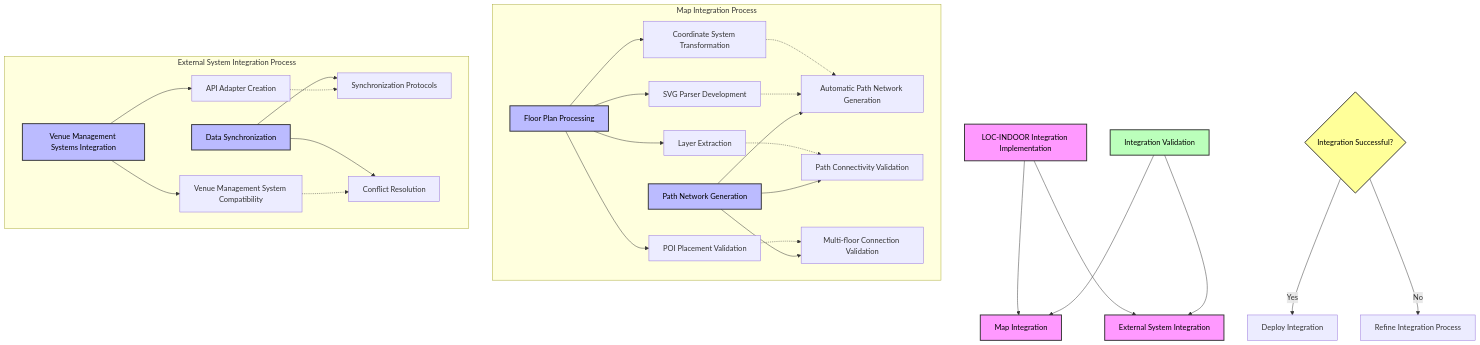
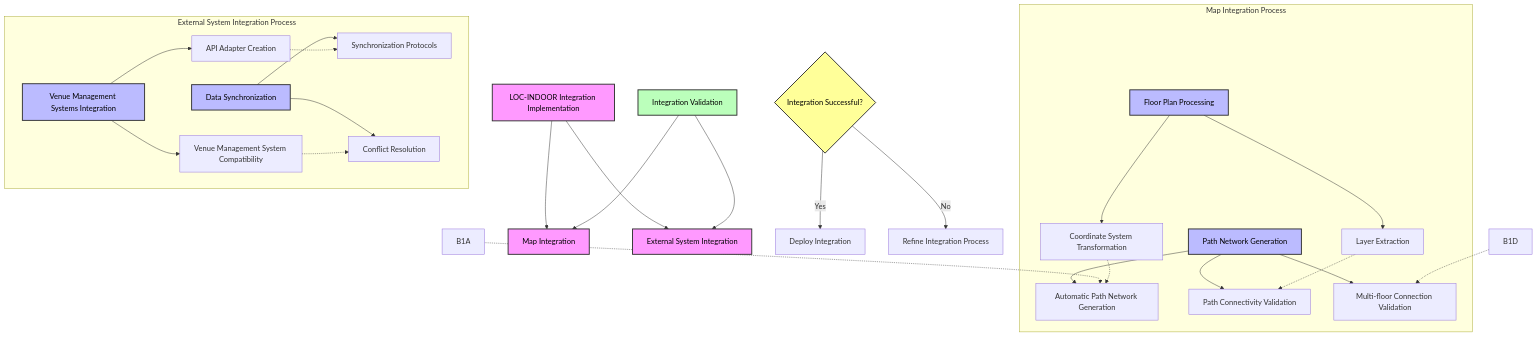
Before and after one commit to Bistrel2002/MOONSHOT-PROJECT: the seventh of 7 diagrams in TechnicalSpecification/technicalSpecification.md, drawn with Mermaid. The commit also changed other lines of this file and 7 other files, not shown here.

````diff
--- a/TechnicalSpecification/technicalSpecification.md
+++ b/TechnicalSpecification/technicalSpecification.md
@@ -818,65 +791,63 @@
 ```mermaid
 flowchart TD
 %% Main Integration Process
 A[LOC-INDOOR Integration Implementation] --> B[Map Integration]
 A --> C[External System Integration]
 
     %% Map Integration Subprocess
     subgraph "Map Integration Process"
         B1[Floor Plan Processing]
         B2[Path Network Generation]
         
-        B1 --> B1A[SVG Parser Development]
         B1 --> B1B[Coordinate System Transformation]
         B1 --> B1C[Layer Extraction]
-        B1 --> B1D[POI Placement Validation]
         
         B2 --> B2A[Automatic Path Network Generation]
         B2 --> B2B[Path Connectivity Validation]
         B2 --> B2C[Multi-floor Connection Validation]
     end
 
     %% External System Integration Subprocess
     subgraph "External System Integration Process"
         C1[Venue Management Systems Integration]
         C2[Data Synchronization]
         
         C1 --> C1A[API Adapter Creation]
         C1 --> C1B[Venue Management System Compatibility]
         
         C2 --> C2A[Synchronization Protocols]
         C2 --> C2B[Conflict Resolution]
     end
 
     %% Validation and Quality Checks
     D[Integration Validation] --> B
     D --> C
 
     %% Decision Points and Outcomes
     E{Integration Successful?} -->|Yes| F[Deploy Integration]
     E -->|No| G[Refine Integration Process]
 
     %% Relationships and Flow
     B1A -.-> B2A
     B1B -.-> B2A
     B1C -.-> B2B
     B1D -.-> B2C
     
     C1A -.-> C2A
     C1B -.-> C2B
 
     %% Styling
     style C1 color:#000;
     style C2 color:#000;
     style B1 color:#000;
     style B2 color:#000;
     classDef process fill:#f9f,stroke:#333,stroke-width:2px, color:#000;
     classDef subprocess fill:#bbf,stroke:#333,stroke-width:2px, color:#000;
     classDef validation fill:#bfb,stroke:#333,stroke-width:2px,color:#000;
     classDef decision fill:#ff9,stroke:#333,stroke-width:2px,color:#000;
 
     class A,B,C process;
     class B1,B2,C1,C2 subprocess;
     class D validation;
     class E decision;
 ```
````
